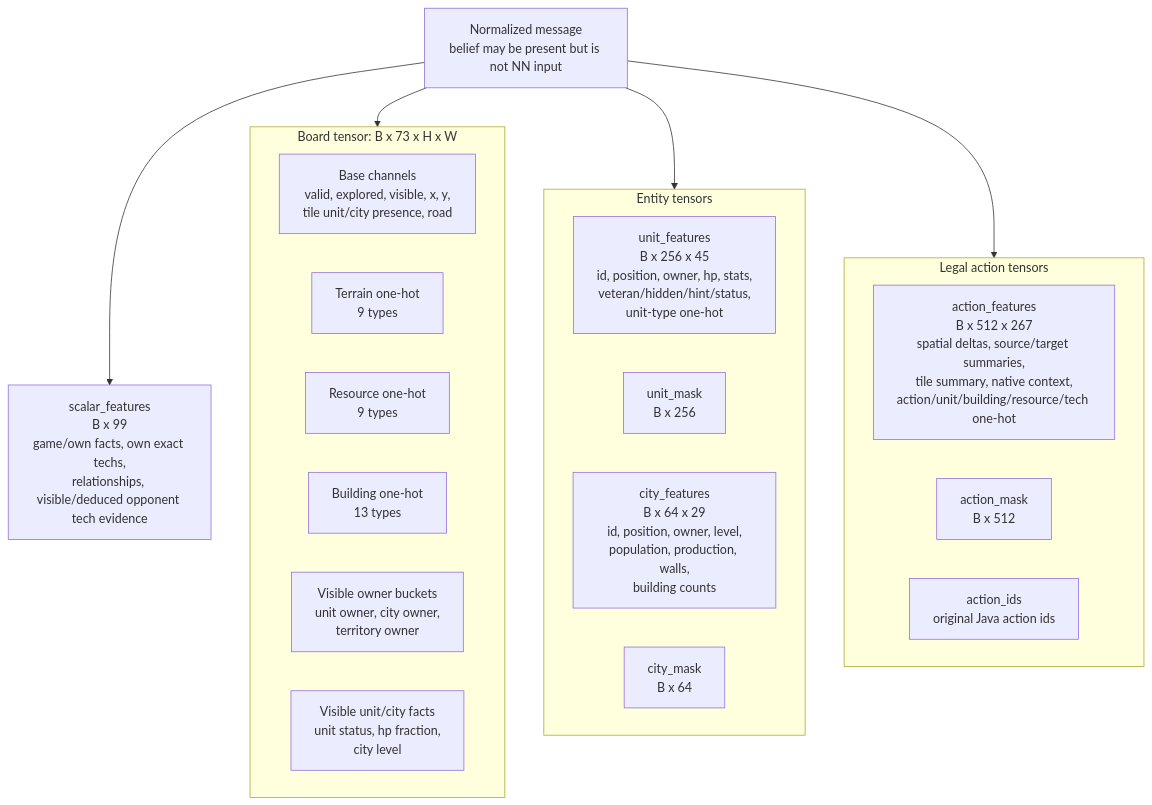
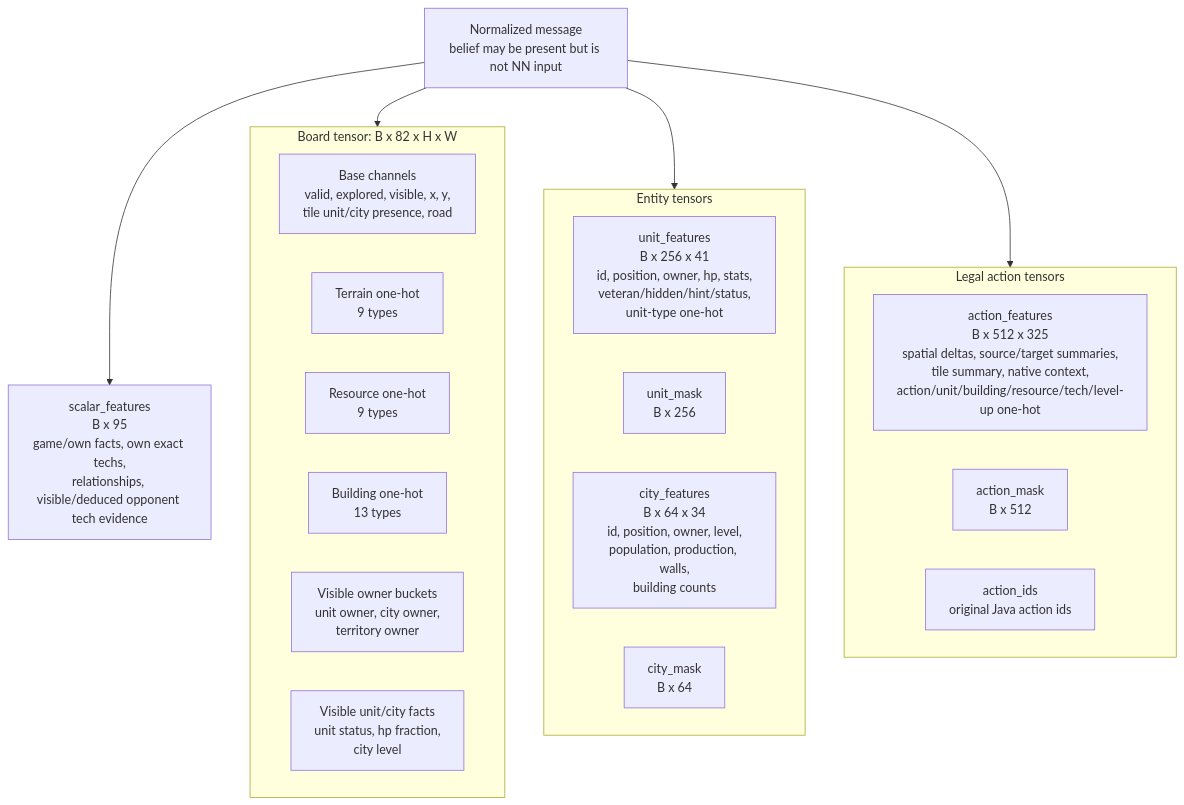
The second of 5 diagrams in docs/hybrid-rl-model-architecture.md (aHighHooman/MCTS-Topia), drawn with Mermaid before and after one commit. The commit also changed other lines of this file and 1 other file, not shown here.

````diff
--- a/docs/hybrid-rl-model-architecture.md
+++ b/docs/hybrid-rl-model-architecture.md
@@ -60,33 +62,33 @@
 ```mermaid
 flowchart TB
     Msg["Normalized message<br/>belief may be present but is not NN input"]
 
-    subgraph Board["Board tensor: B x 73 x H x W"]
+    subgraph Board["Board tensor: B x 82 x H x W"]
         TileBase["Base channels<br/>valid, explored, visible, x, y,<br/>tile unit/city presence, road"]
         Terrain["Terrain one-hot<br/>9 types"]
         Resource["Resource one-hot<br/>9 types"]
         Building["Building one-hot<br/>13 types"]
         VisibleOwners["Visible owner buckets<br/>unit owner, city owner,<br/>territory owner"]
         VisibleFacts["Visible unit/city facts<br/>unit status, hp fraction,<br/>city level"]
     end
 
     subgraph Entities["Entity tensors"]
-        Units["unit_features<br/>B x 256 x 45<br/>id, position, owner, hp, stats,<br/>veteran/hidden/hint/status,<br/>unit-type one-hot"]
+        Units["unit_features<br/>B x 256 x 41<br/>id, position, owner, hp, stats,<br/>veteran/hidden/hint/status,<br/>unit-type one-hot"]
         UnitMask["unit_mask<br/>B x 256"]
-        Cities["city_features<br/>B x 64 x 29<br/>id, position, owner, level,<br/>population, production, walls,<br/>building counts"]
+        Cities["city_features<br/>B x 64 x 34<br/>id, position, owner, level,<br/>population, production, walls,<br/>building counts"]
         CityMask["city_mask<br/>B x 64"]
     end
 
     subgraph Actions["Legal action tensors"]
-        ActionFeatures["action_features<br/>B x 512 x 267<br/>spatial deltas, source/target summaries,<br/>tile summary, native context,<br/>action/unit/building/resource/tech one-hot"]
+        ActionFeatures["action_features<br/>B x 512 x 325<br/>spatial deltas, source/target summaries,<br/>tile summary, native context,<br/>action/unit/building/resource/tech/level-up one-hot"]
         ActionMask["action_mask<br/>B x 512"]
         ActionIds["action_ids<br/>original Java action ids"]
     end
 
-    Scalars["scalar_features<br/>B x 99<br/>game/own facts, own exact techs,<br/>relationships, visible/deduced opponent tech evidence"]
+    Scalars["scalar_features<br/>B x 95<br/>game/own facts, own exact techs,<br/>relationships, visible/deduced opponent tech evidence"]
 
     Msg --> Board
     Msg --> Entities
     Msg --> Actions
     Msg --> Scalars
 ```
````
